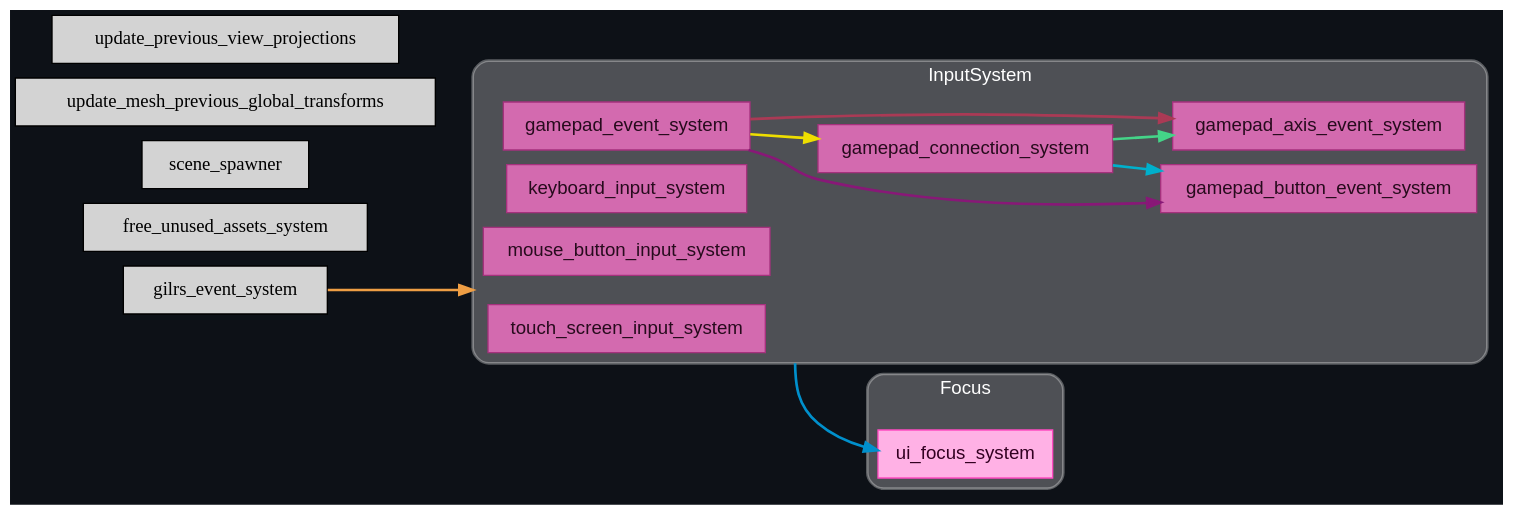
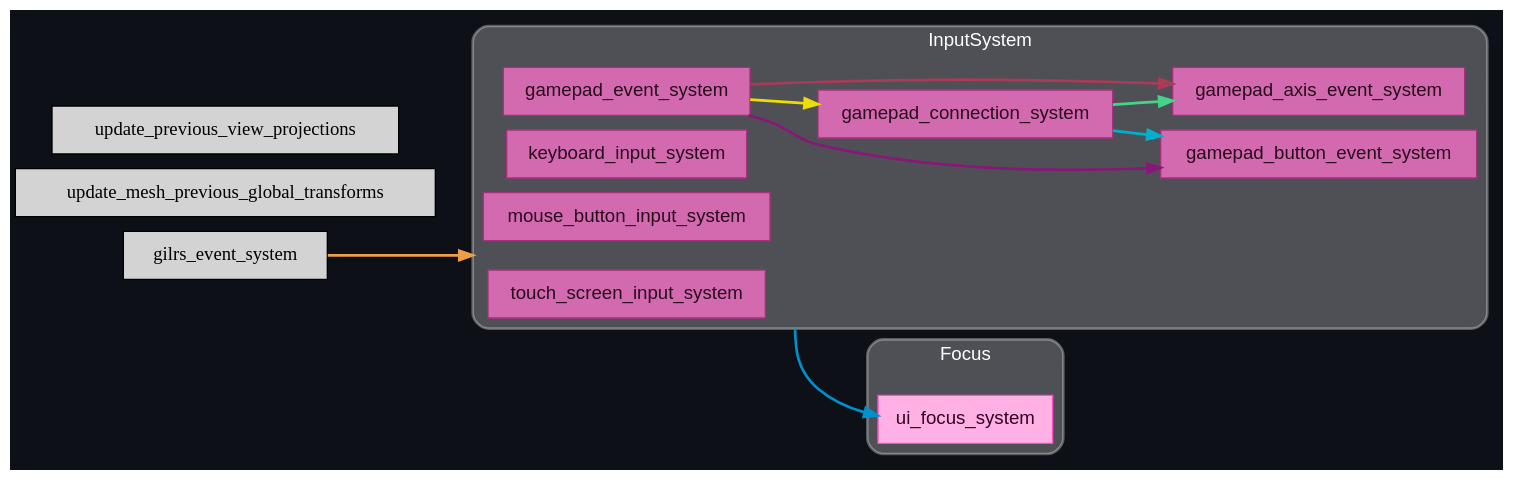
The diagram in docs/schedule/dark/schedule_PreUpdate.dot (jakobhellermann/bevy_mod_debugdump), drawn with Graphviz before and after one commit. The commit also changed 60 other files, not shown here.

```diff
--- a/docs/schedule/dark/schedule_PreUpdate.dot
+++ b/docs/schedule/dark/schedule_PreUpdate.dot
@@ -1,52 +1,50 @@
 digraph "" {
 	"compound"="true";
 	"splines"="spline";
 	"rankdir"="LR";
 	"bgcolor"="#0d1117";
 	"fontname"="Helvetica";
 	"nodesep"="0.15";
 	edge ["penwidth"="2"];
 	node ["shape"="box", "style"="filled"];
 	subgraph "clusternode_Set(1)" {
 		"style"="rounded,filled";
 		"label"="InputSystem";
 		"tooltip"="InputSystem";
 		"fillcolor"="#ffffff44";
 		"fontcolor"="#ffffff";
 		"color"="#ffffff50";
 		"penwidth"="2";
 		"set_marker_node_Set(1)" ["style"="invis", "label"="", "height"="0", "shape"="point"]
 		"node_System(0)" ["label"="keyboard_input_system", "tooltip"="bevy_input::keyboard::keyboard_input_system", "fillcolor"="#d36aaf", "fontname"="Helvetica", "fontcolor"="#270b1d", "color"="#a5317d", "penwidth"="1"]
 		"node_System(1)" ["label"="mouse_button_input_system", "tooltip"="bevy_input::mouse::mouse_button_input_system", "fillcolor"="#d36aaf", "fontname"="Helvetica", "fontcolor"="#270b1d", "color"="#a5317d", "penwidth"="1"]
 		"node_System(2)" ["label"="gamepad_event_system", "tooltip"="bevy_input::gamepad::gamepad_event_system", "fillcolor"="#d36aaf", "fontname"="Helvetica", "fontcolor"="#270b1d", "color"="#a5317d", "penwidth"="1"]
 		"node_System(3)" ["label"="gamepad_connection_system", "tooltip"="bevy_input::gamepad::gamepad_connection_system", "fillcolor"="#d36aaf", "fontname"="Helvetica", "fontcolor"="#270b1d", "color"="#a5317d", "penwidth"="1"]
 		"node_System(4)" ["label"="gamepad_button_event_system", "tooltip"="bevy_input::gamepad::gamepad_button_event_system", "fillcolor"="#d36aaf", "fontname"="Helvetica", "fontcolor"="#270b1d", "color"="#a5317d", "penwidth"="1"]
 		"node_System(5)" ["label"="gamepad_axis_event_system", "tooltip"="bevy_input::gamepad::gamepad_axis_event_system", "fillcolor"="#d36aaf", "fontname"="Helvetica", "fontcolor"="#270b1d", "color"="#a5317d", "penwidth"="1"]
 		"node_System(6)" ["label"="touch_screen_input_system", "tooltip"="bevy_input::touch::touch_screen_input_system", "fillcolor"="#d36aaf", "fontname"="Helvetica", "fontcolor"="#270b1d", "color"="#a5317d", "penwidth"="1"]
 	}
 	
-	subgraph "clusternode_Set(11)" {
+	subgraph "clusternode_Set(9)" {
 		"style"="rounded,filled";
 		"label"="Focus";
 		"tooltip"="Focus";
 		"fillcolor"="#ffffff44";
 		"fontcolor"="#ffffff";
 		"color"="#ffffff50";
 		"penwidth"="2";
-		"set_marker_node_Set(11)" ["style"="invis", "label"="", "height"="0", "shape"="point"]
-		"node_System(9)" ["label"="ui_focus_system", "tooltip"="bevy_ui::focus::ui_focus_system", "fillcolor"="#ffb1e5", "fontname"="Helvetica", "fontcolor"="#320021", "color"="#ff4bc2", "penwidth"="1"]
+		"set_marker_node_Set(9)" ["style"="invis", "label"="", "height"="0", "shape"="point"]
+		"node_System(7)" ["label"="ui_focus_system", "tooltip"="bevy_ui::focus::ui_focus_system", "fillcolor"="#ffb1e5", "fontname"="Helvetica", "fontcolor"="#320021", "color"="#ff4bc2", "penwidth"="1"]
 	}
 	
-	"node_System(7)" ["label"="free_unused_assets_system", "tooltip"="bevy_asset::asset_server::free_unused_assets_system"]
-	"node_System(8)" ["label"="scene_spawner", "tooltip"="bevy_scene::bundle::scene_spawner"]
-	"node_System(10)" ["label"="update_mesh_previous_global_transforms", "tooltip"="bevy_pbr::prepass::update_mesh_previous_global_transforms"]
-	"node_System(11)" ["label"="update_previous_view_projections", "tooltip"="bevy_pbr::prepass::update_previous_view_projections"]
-	"node_System(12)" ["label"="gilrs_event_system", "tooltip"="bevy_gilrs::gilrs_system::gilrs_event_system"]
-	"node_System(2)" -> "node_System(3)" ["lhead"="", "ltail"="", "tooltip"="SystemTypeSet(gamepad_event_system\") → gamepad_connection_system", "color"="#eede00"]
-	"node_System(2)" -> "node_System(4)" ["lhead"="", "ltail"="", "tooltip"="SystemTypeSet(gamepad_event_system\") → gamepad_button_event_system", "color"="#881877"]
-	"node_System(3)" -> "node_System(4)" ["lhead"="", "ltail"="", "tooltip"="SystemTypeSet(gamepad_connection_system\") → gamepad_button_event_system", "color"="#00b0cc"]
-	"node_System(2)" -> "node_System(5)" ["lhead"="", "ltail"="", "tooltip"="SystemTypeSet(gamepad_event_system\") → gamepad_axis_event_system", "color"="#aa3a55"]
-	"node_System(3)" -> "node_System(5)" ["lhead"="", "ltail"="", "tooltip"="SystemTypeSet(gamepad_connection_system\") → gamepad_axis_event_system", "color"="#44d488"]
-	"set_marker_node_Set(1)" -> "node_System(9)" ["lhead"="", "ltail"="clusternode_Set(1)", "tooltip"="InputSystem → ui_focus_system", "color"="#0090cc"]
-	"node_System(12)" -> "set_marker_node_Set(1)" ["lhead"="clusternode_Set(1)", "ltail"="", "tooltip"="gilrs_event_system → InputSystem", "color"="#ee9e44"]
+	"node_System(8)" ["label"="update_mesh_previous_global_transforms", "tooltip"="bevy_pbr::prepass::update_mesh_previous_global_transforms"]
+	"node_System(9)" ["label"="update_previous_view_projections", "tooltip"="bevy_pbr::prepass::update_previous_view_projections"]
+	"node_System(10)" ["label"="gilrs_event_system", "tooltip"="bevy_gilrs::gilrs_system::gilrs_event_system"]
+	"node_System(2)" -> "node_System(3)" ["lhead"="", "ltail"="", "tooltip"="SystemTypeSet(gamepad_event_system()) → gamepad_connection_system", "color"="#eede00"]
+	"node_System(2)" -> "node_System(4)" ["lhead"="", "ltail"="", "tooltip"="SystemTypeSet(gamepad_event_system()) → gamepad_button_event_system", "color"="#881877"]
+	"node_System(3)" -> "node_System(4)" ["lhead"="", "ltail"="", "tooltip"="SystemTypeSet(gamepad_connection_system()) → gamepad_button_event_system", "color"="#00b0cc"]
+	"node_System(2)" -> "node_System(5)" ["lhead"="", "ltail"="", "tooltip"="SystemTypeSet(gamepad_event_system()) → gamepad_axis_event_system", "color"="#aa3a55"]
+	"node_System(3)" -> "node_System(5)" ["lhead"="", "ltail"="", "tooltip"="SystemTypeSet(gamepad_connection_system()) → gamepad_axis_event_system", "color"="#44d488"]
+	"set_marker_node_Set(1)" -> "node_System(7)" ["lhead"="", "ltail"="clusternode_Set(1)", "tooltip"="InputSystem → ui_focus_system", "color"="#0090cc"]
+	"node_System(10)" -> "set_marker_node_Set(1)" ["lhead"="clusternode_Set(1)", "ltail"="", "tooltip"="gilrs_event_system → InputSystem", "color"="#ee9e44"]
 }
```
